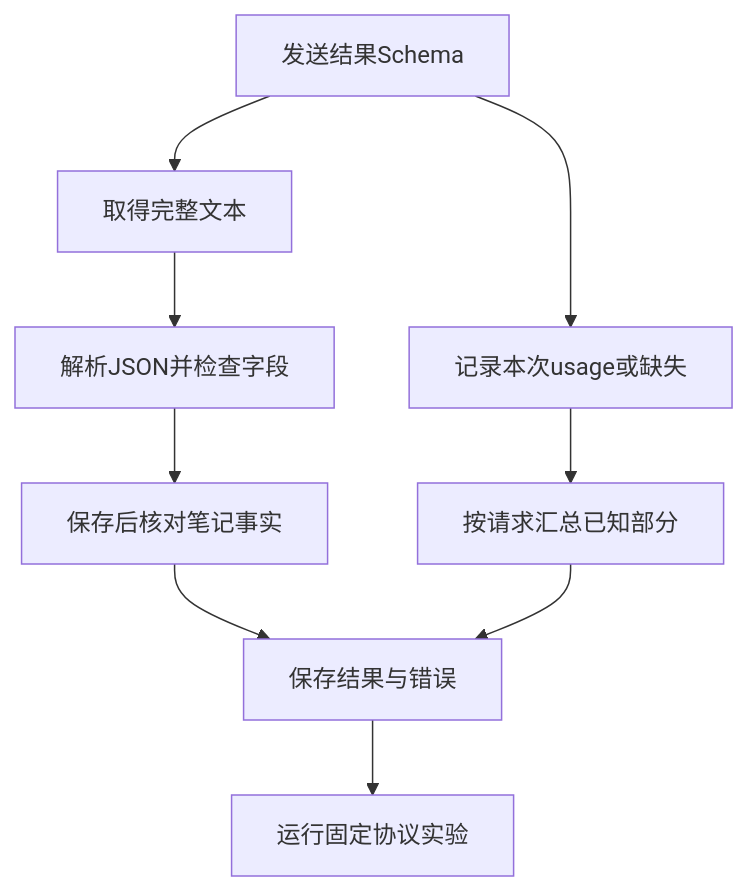
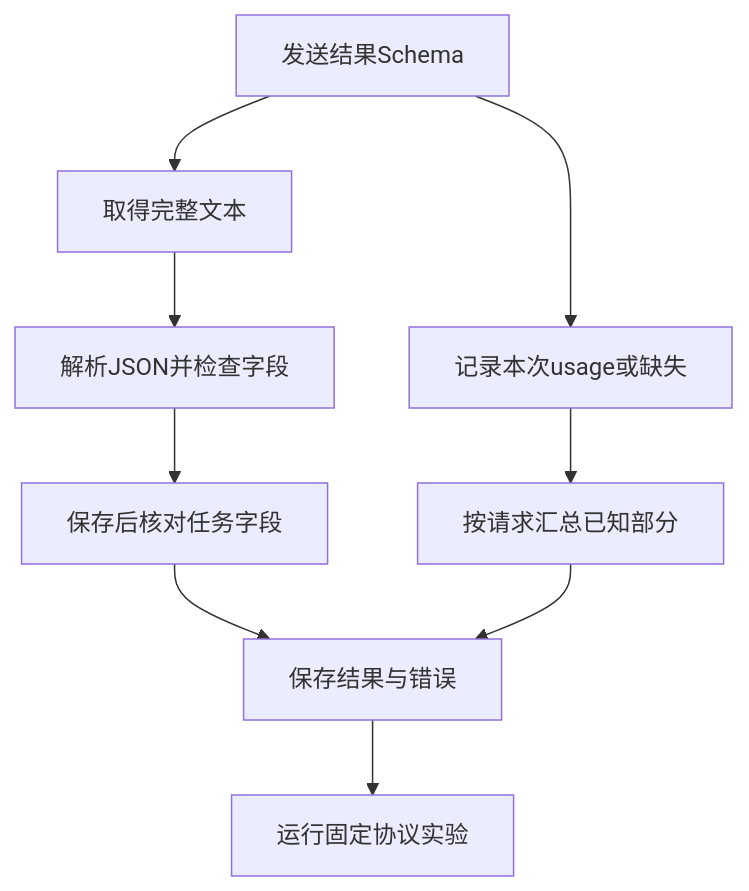
The diagram in 10-Knowledge/02 Agent Harness/02-model-adapters/03-structured-output-and-usage.md (HarryYangthu/TheBestAIGuide), drawn with Mermaid before and after one commit. The commit also changed other lines of this file and 341 other files, not shown here.

````diff
--- a/10-Knowledge/02 Agent Harness/02-model-adapters/03-structured-output-and-usage.md
+++ b/10-Knowledge/02 Agent Harness/02-model-adapters/03-structured-output-and-usage.md
@@ -7,11 +7,11 @@
 ```mermaid
 flowchart TD
     A["发送结果Schema"] --> B["取得完整文本"]
     B --> C["解析JSON并检查字段"]
-    C --> D["保存后核对笔记事实"]
+    C --> D["保存后核对任务字段"]
     A --> E["记录本次usage或缺失"]
     E --> F["按请求汇总已知部分"]
     D --> G["保存结果与错误"]
     F --> G
     G --> H["运行固定协议实验"]
 ```
````
